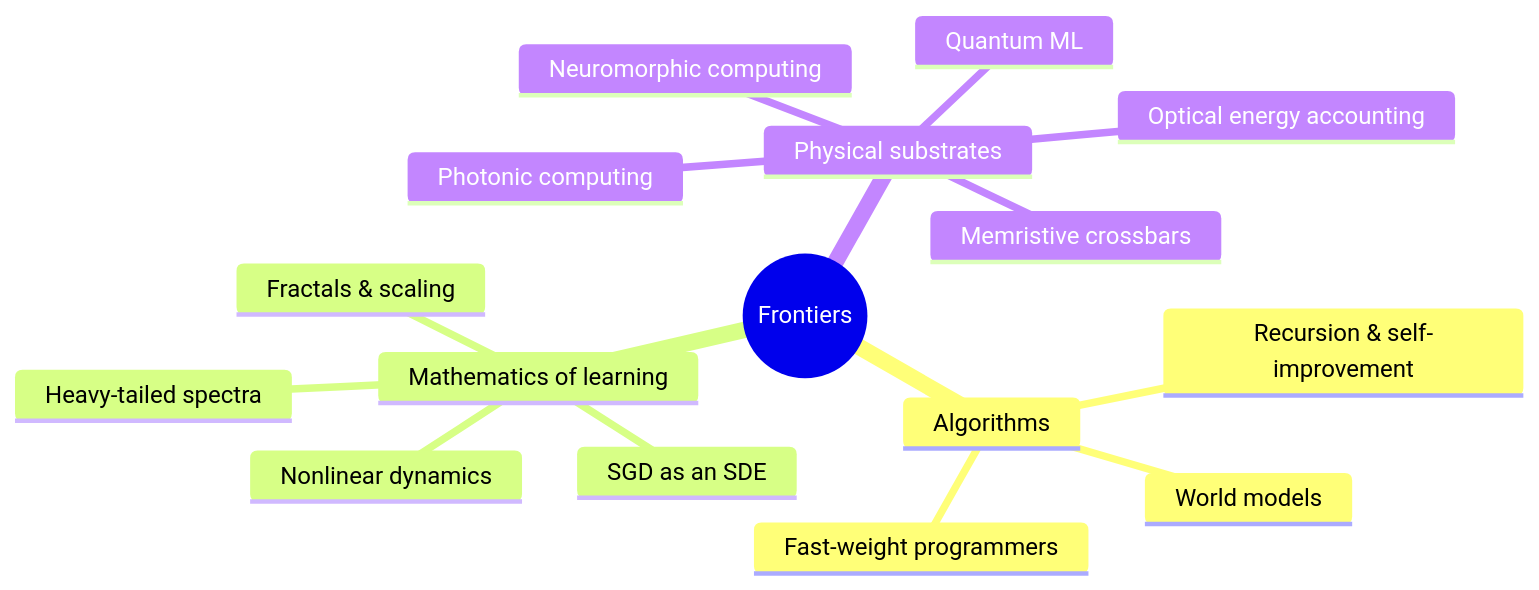
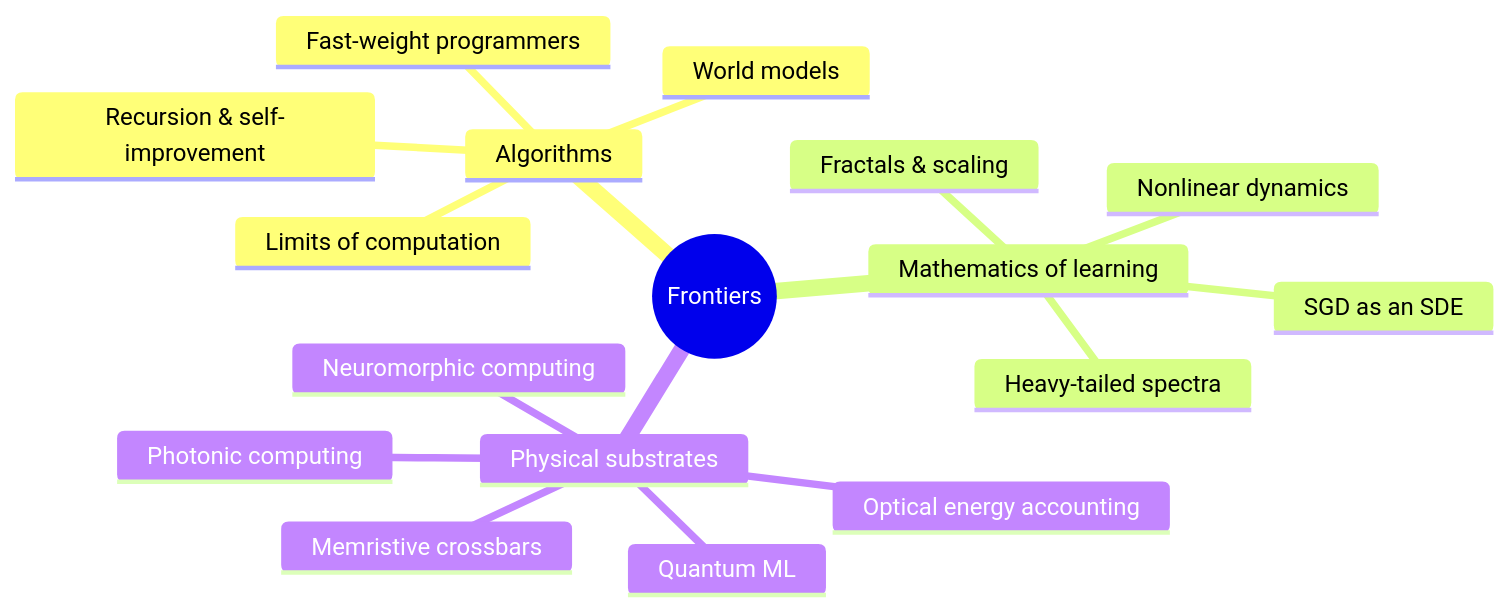
Before and after one commit to marcpoliquin5/understanding-ai: the diagram in docs/06-frontiers/README.md, drawn with Mermaid. The commit also changed other lines of this file and 7 other files, not shown here.

````diff
--- a/docs/06-frontiers/README.md
+++ b/docs/06-frontiers/README.md
@@ -24,19 +25,20 @@
 ```mermaid
 mindmap
   root((Frontiers))
     Algorithms
       Recursion & self-improvement
       Fast-weight programmers
       World models
+      Limits of computation
     Mathematics of learning
       Fractals & scaling
       Heavy-tailed spectra
       Nonlinear dynamics
       SGD as an SDE
     Physical substrates
       Photonic computing
       Optical energy accounting
       Neuromorphic computing
       Memristive crossbars
       Quantum ML
 ```
````
